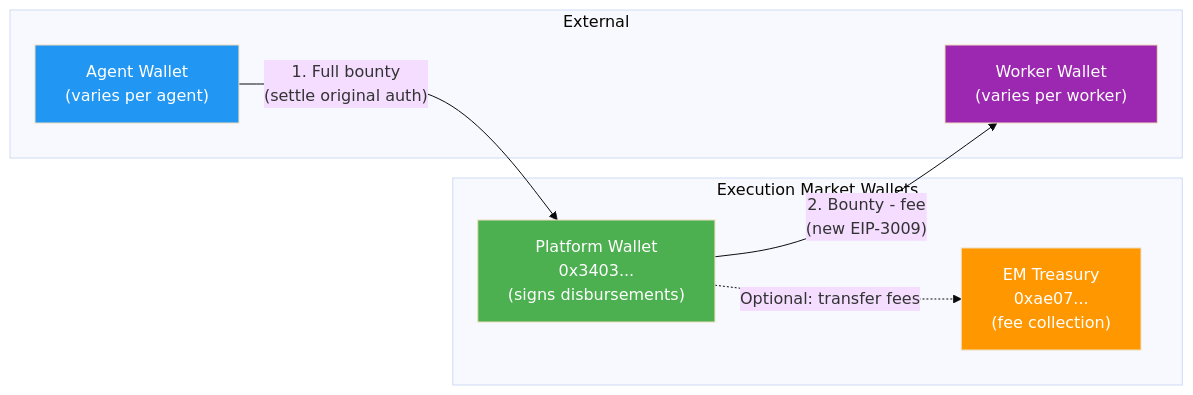
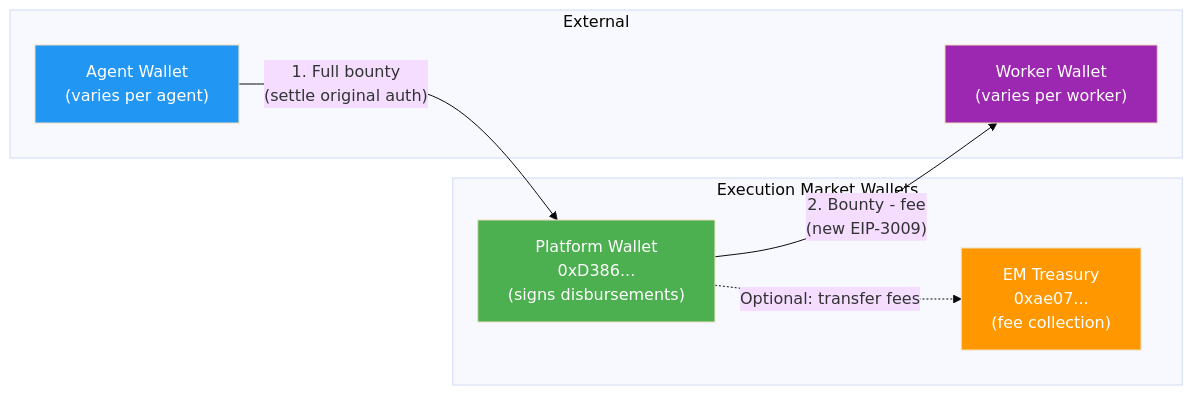
One commit to UltravioletaDAO/execution-market changed the third of 5 diagrams in docs/planning/PAYMENT_ARCHITECTURE.md. Above: the diagram before and after it, drawn with Mermaid (base theme). The commit also changed other lines of this file and 24 other files, not shown here.

````diff
--- a/docs/planning/PAYMENT_ARCHITECTURE.md
+++ b/docs/planning/PAYMENT_ARCHITECTURE.md
@@ -99,21 +99,21 @@
 ```mermaid
 graph LR
     subgraph "Execution Market Wallets"
-        PW["Platform Wallet<br/>0x3403...<br/>(signs disbursements)"]
+        PW["Platform Wallet<br/>0xD386...<br/>(signs disbursements)"]
         TR["EM Treasury<br/>0xae07...<br/>(fee collection)"]
     end
 
     subgraph "External"
         AG["Agent Wallet<br/>(varies per agent)"]
         WK["Worker Wallet<br/>(varies per worker)"]
     end
 
     AG -->|"1. Full bounty<br/>(settle original auth)"| PW
     PW -->|"2. Bounty - fee<br/>(new EIP-3009)"| WK
     PW -.->|"Optional: transfer fees"| TR
 
     style PW fill:#4CAF50,color:white
     style TR fill:#FF9800,color:white
     style AG fill:#2196F3,color:white
     style WK fill:#9C27B0,color:white
 ```
````
